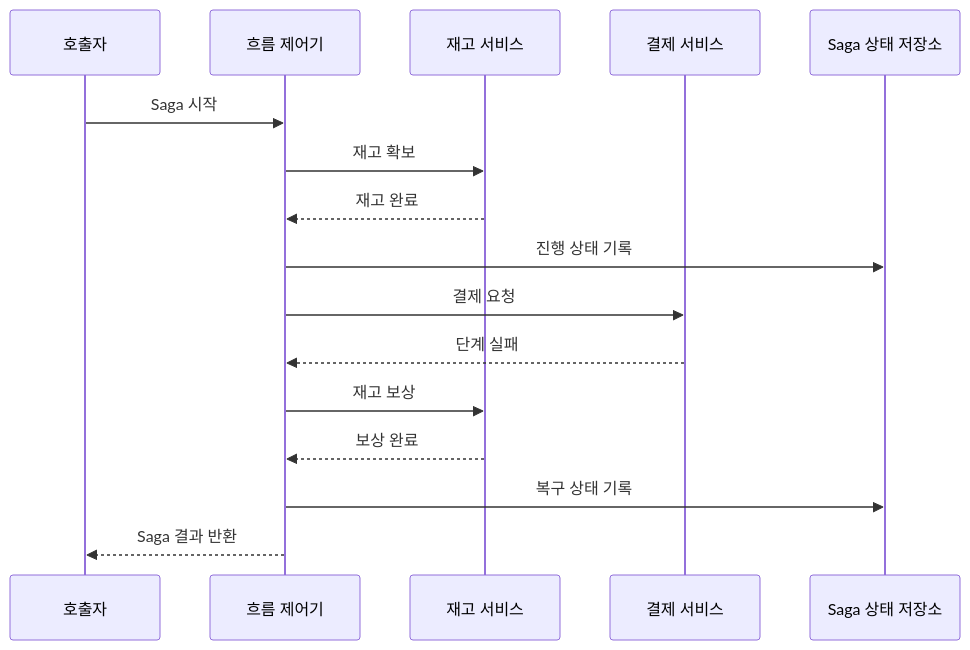
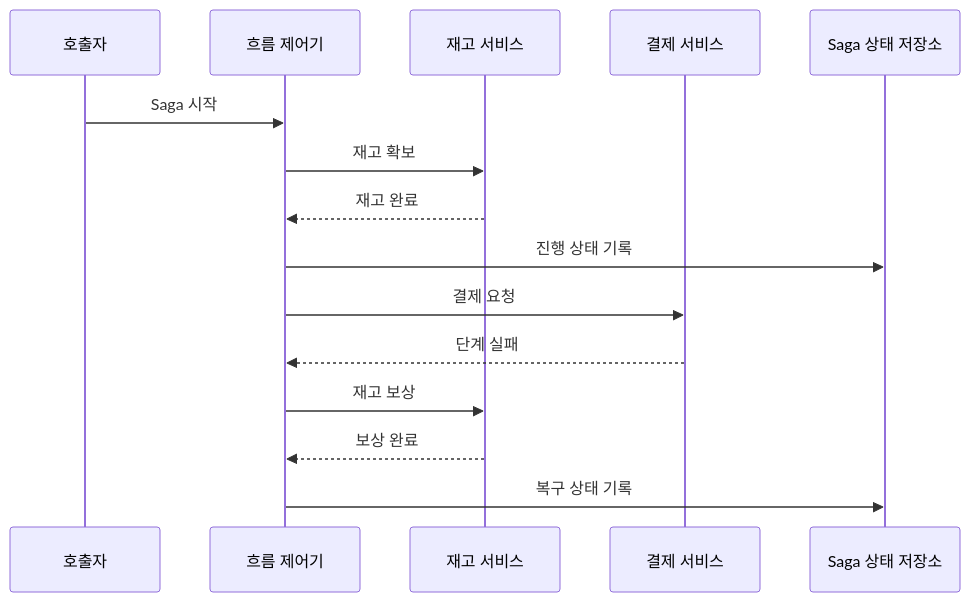
The second of 2 diagrams in src/content/docs/notes/03-software/044_saga_pattern.md (agnusdei1207/knowledge-base), drawn with Mermaid before and after one commit. The commit also changed other lines of this file and 13 other files, not shown here.

````diff
--- a/src/content/docs/notes/03-software/044_saga_pattern.md
+++ b/src/content/docs/notes/03-software/044_saga_pattern.md
@@ -93,18 +93,17 @@
 ```mermaid
 sequenceDiagram
     participant C as 호출자
     participant F as 흐름 제어기
     participant I as 재고 서비스
     participant P as 결제 서비스
     participant S as Saga 상태 저장소
     C->>F: Saga 시작
     F->>I: 재고 확보
     I-->>F: 재고 완료
     F->>S: 진행 상태 기록
     F->>P: 결제 요청
     P-->>F: 단계 실패
     F->>I: 재고 보상
     I-->>F: 보상 완료
     F->>S: 복구 상태 기록
-    F-->>C: Saga 결과 반환
 ```
````
